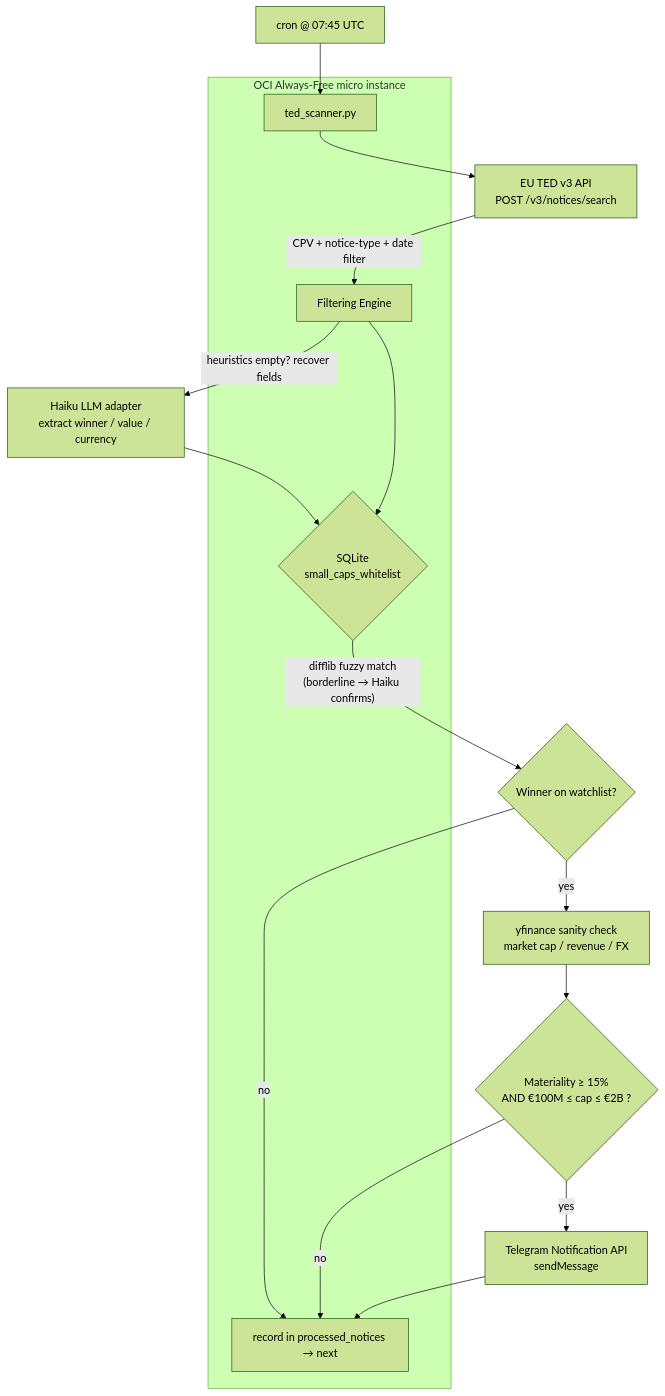
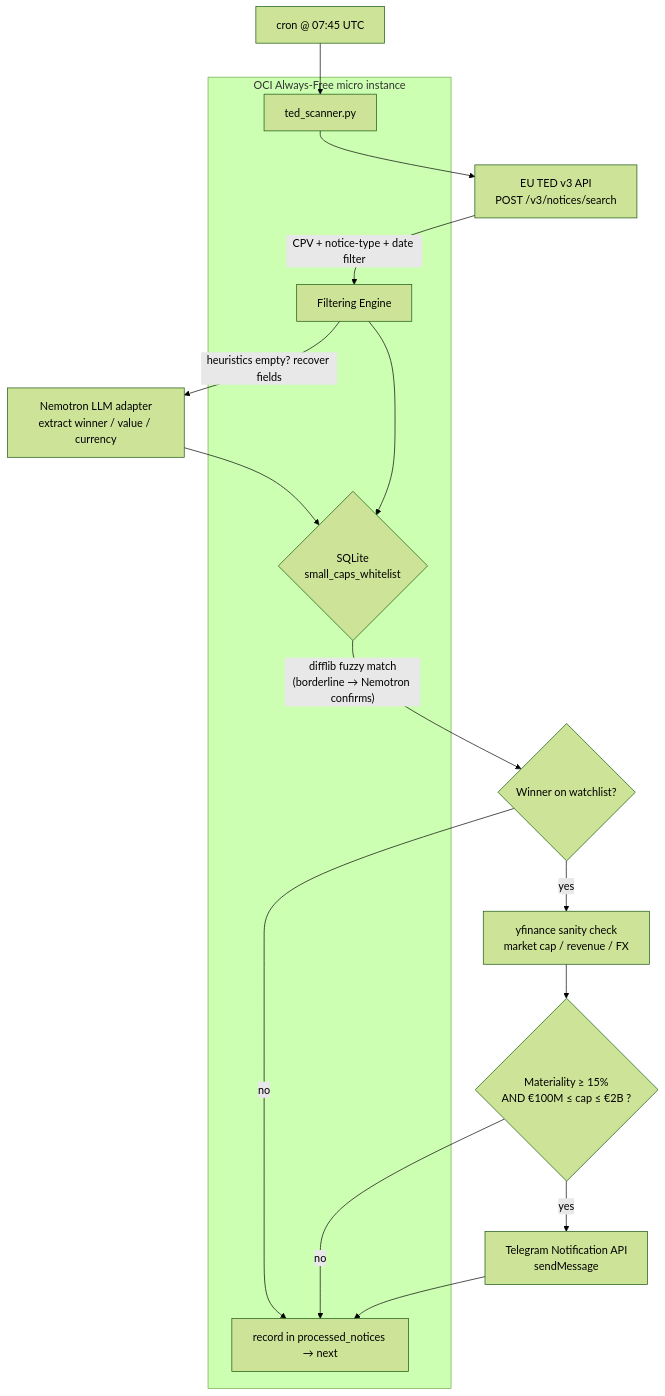
The diagram in README.md (cluster2600/ted_bot), drawn with Mermaid (forest theme) before and after one commit. The commit also changed other lines of this file and 3 other files, not shown here.

````diff
--- a/README.md
+++ b/README.md
@@ -24,23 +24,23 @@
 ```mermaid
 flowchart TD
     A["cron @ 07:45 UTC"] --> B["ted_scanner.py"]
     B --> C["EU TED v3 API<br/>POST /v3/notices/search"]
     C -->|"CPV + notice-type + date filter"| D["Filtering Engine"]
-    D -->|"heuristics empty? recover fields"| L["Haiku LLM adapter<br/>extract winner / value / currency"]
+    D -->|"heuristics empty? recover fields"| L["Nemotron LLM adapter<br/>extract winner / value / currency"]
     L --> E
     D --> E{"SQLite<br/>small_caps_whitelist"}
-    E -->|"difflib fuzzy match<br/>(borderline → Haiku confirms)"| F{"Winner on watchlist?"}
+    E -->|"difflib fuzzy match<br/>(borderline → Nemotron confirms)"| F{"Winner on watchlist?"}
     F -->|no| G["record in processed_notices → next"]
     F -->|yes| H["yfinance sanity check<br/>market cap / revenue / FX"]
     H --> I{"Materiality ≥ 15%<br/>AND €100M ≤ cap ≤ €2B ?"}
     I -->|no| G
     I -->|yes| J["Telegram Notification API<br/>sendMessage"]
     J --> G
 
     subgraph LOCAL["OCI Always-Free micro instance"]
         B
         D
         E
         G
     end
 ```
````
